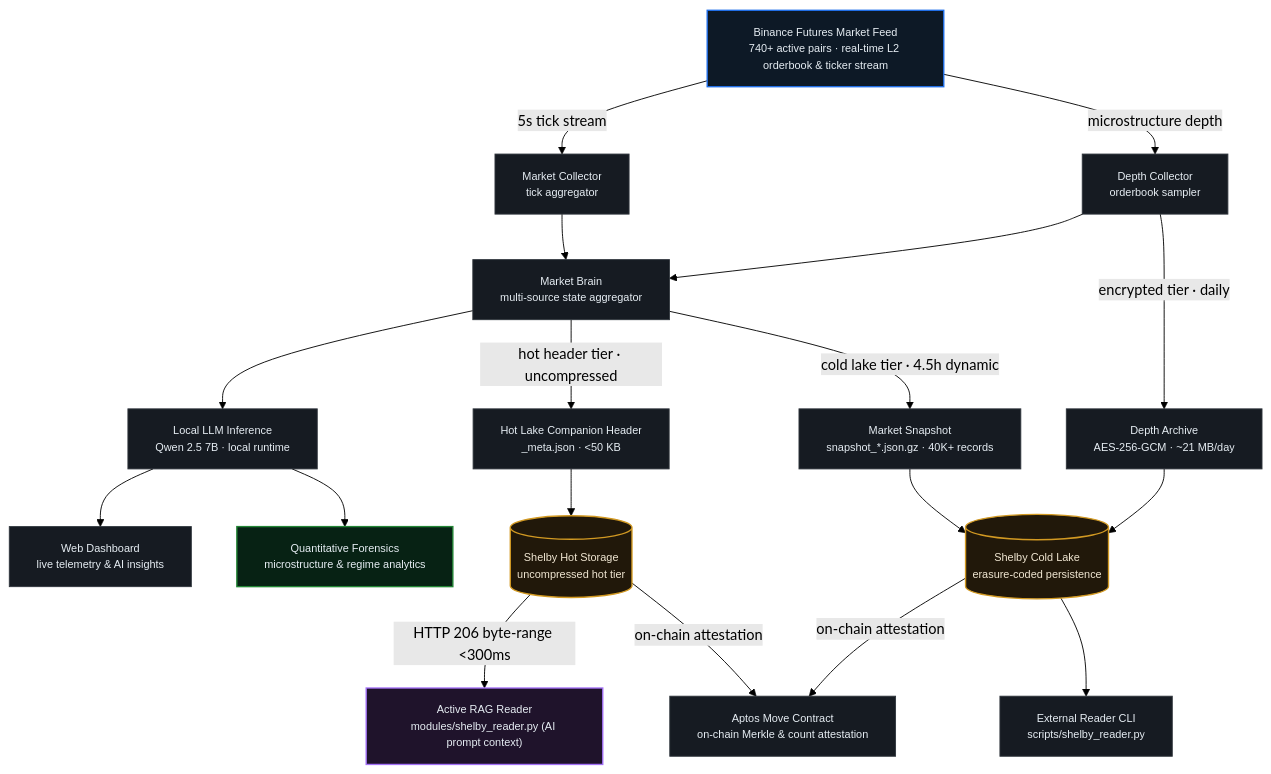
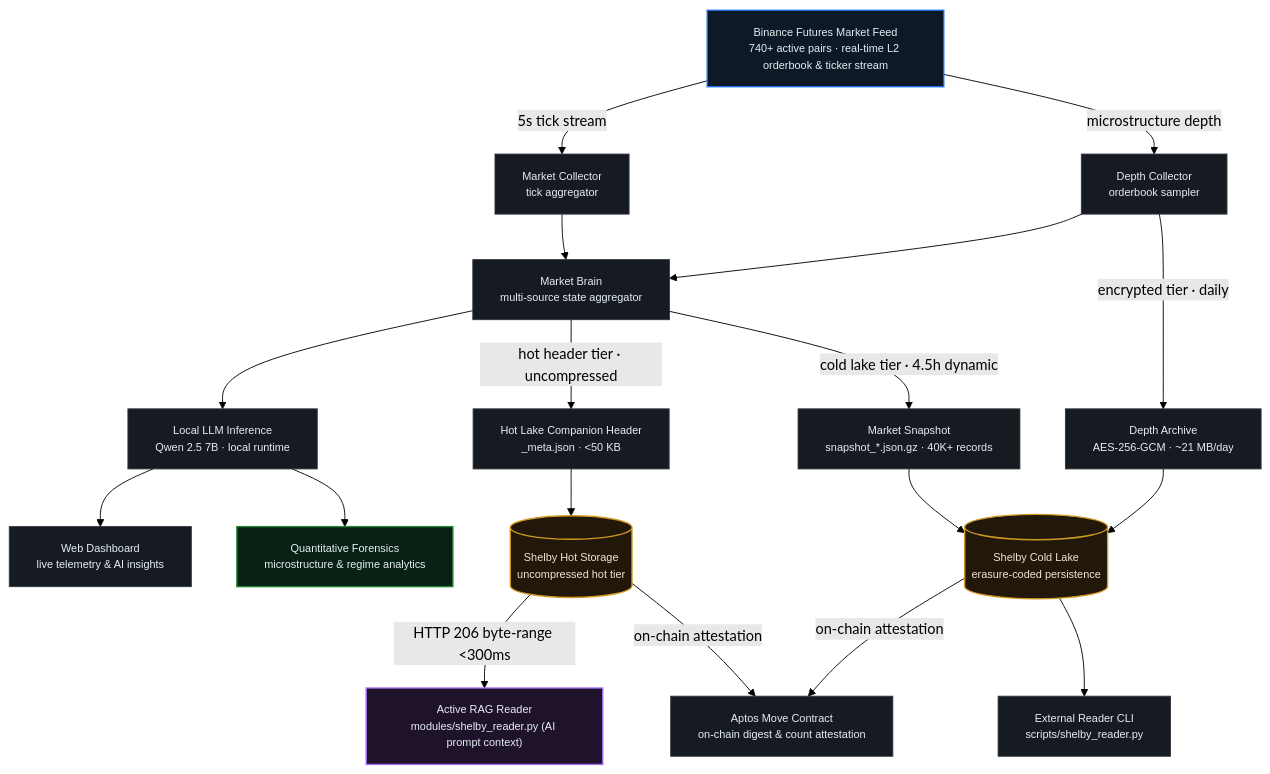
The diagram in README.md (Assassinprotocol/hansen-ai-research-engine), drawn with Mermaid (forest theme) before and after one commit. The commit also changed other lines of this file and 3 other files, not shown here.

````diff
--- a/README.md
+++ b/README.md
@@ -131,45 +131,45 @@
 ```mermaid
 graph TD
     %% TIER 1: INGESTION
     FEED["Binance Futures Market Feed<br/>740+ active pairs · real-time L2 orderbook & ticker stream"]
 
     %% TIER 2: PARALLEL AGGREGATION
     FEED -->|5s tick stream| TICK["Market Collector<br/>tick aggregator"]
     FEED -->|microstructure depth| DEPTH["Depth Collector<br/>orderbook sampler"]
 
     %% TIER 3: INTELLIGENCE CORE
     TICK --> BRAIN["Market Brain<br/>multi-source state aggregator"]
     DEPTH --> BRAIN
     BRAIN --> LLM["Local LLM Inference<br/>Qwen 2.5 7B · local runtime"]
 
     %% TIER 4: OUTPUT & FORENSIC SPLIT
     LLM --> DASH["Web Dashboard<br/>live telemetry & AI insights"]
     LLM --> FORENSIC["Quantitative Forensics<br/>microstructure & regime analytics"]
     BRAIN -->|hot header tier · uncompressed| META["Hot Lake Companion Header<br/>_meta.json · <50 KB"]
     BRAIN -->|cold lake tier · 4.5h dynamic| SNAP["Market Snapshot<br/>snapshot_*.json.gz · 40K+ records"]
     DEPTH -->|encrypted tier · daily| ARCH["Depth Archive<br/>AES-256-GCM · ~21 MB/day"]
 
     %% TIER 5: DECENTRALIZED PERSISTENCE (SHELBY PROTOCOL)
     META --> SHELBY_HOT[("Shelby Hot Storage<br/>uncompressed hot tier")]
     SNAP --> SHELBY_COLD[("Shelby Cold Lake<br/>erasure-coded persistence")]
     ARCH --> SHELBY_COLD
 
     %% TIER 6: CONSUMPTION & PROOF
     SHELBY_HOT -->|HTTP 206 byte-range <300ms| RAG["Active RAG Reader<br/>modules/shelby_reader.py (AI prompt context)"]
     SHELBY_COLD --> CLI["External Reader CLI<br/>scripts/shelby_reader.py"]
-    SHELBY_HOT -->|on-chain attestation| APTOS["Aptos Move Contract<br/>on-chain Merkle & count attestation"]
+    SHELBY_HOT -->|on-chain attestation| APTOS["Aptos Move Contract<br/>on-chain digest & count attestation"]
     SHELBY_COLD -->|on-chain attestation| APTOS
 
     classDef default font-family:sans-serif,font-size:12px;
     classDef nodeBase fill:#161b22,stroke:#30363d,color:#e6edf3,stroke-width:1px;
     classDef nodeFeed fill:#0d1926,stroke:#1f6feb,color:#e6edf3,stroke-width:1.5px;
     classDef nodeForensic fill:#072214,stroke:#238636,color:#e6edf3,stroke-width:1.5px;
     classDef nodeShelby fill:#21180a,stroke:#d29922,color:#f0e6d2,stroke-width:1.5px;
     classDef nodeRag fill:#1f132b,stroke:#a371f7,color:#e6edf3,stroke-width:1.5px;
 
     class FEED nodeFeed;
     class TICK,DEPTH,BRAIN,LLM,DASH,META,SNAP,ARCH,CLI,APTOS nodeBase;
     class FORENSIC nodeForensic;
     class SHELBY_HOT,SHELBY_COLD nodeShelby;
     class RAG nodeRag;
 ```
````
